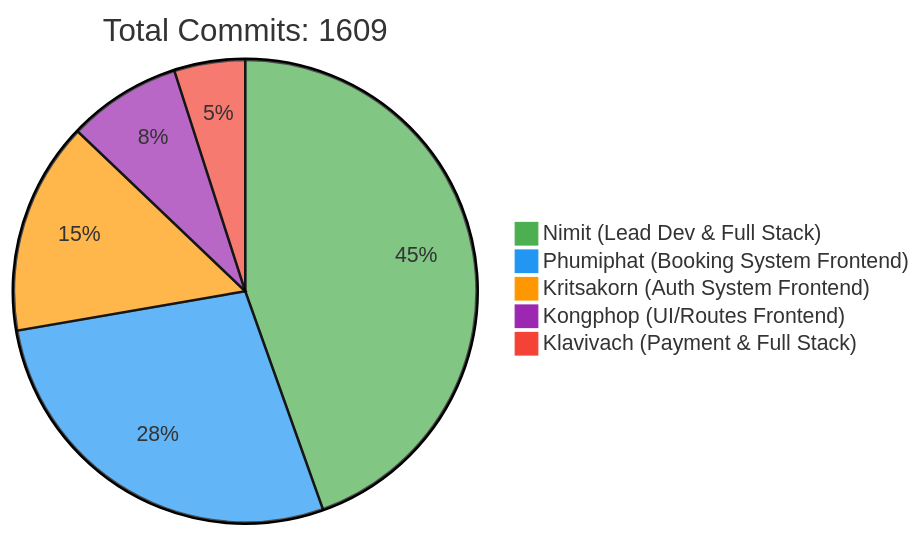
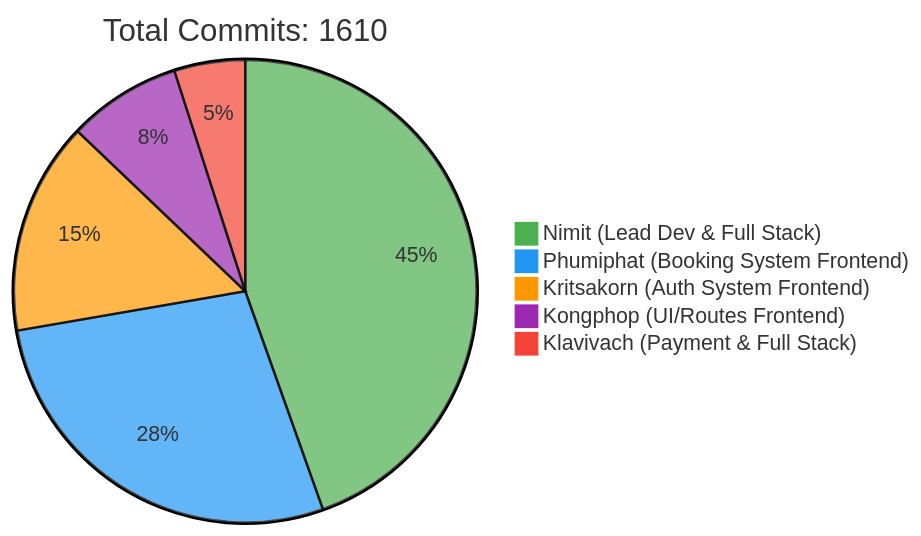
Before and after one commit to 6531503042/Sport-Complex: the first of 2 diagrams in README.md, drawn with Mermaid. The commit also changed other lines of this file, not shown here.

Commit message:
docs: Update contributor statistics [skip ci]

````diff
--- a/README.md
+++ b/README.md
@@ -257,10 +257,10 @@
 ```mermaid
 %%{init: {'theme': 'base', 'themeVariables': { 'pie1': '#4CAF50', 'pie2': '#2196F3', 'pie3': '#FF9800', 'pie4': '#9C27B0', 'pie5': '#F44336'}}}%%
 pie
-    title Total Commits: 1609
+    title Total Commits: 1610
     "Nimit (Lead Dev & Full Stack)" : 450
     "Phumiphat (Booking System Frontend)" : 280
     "Kritsakorn (Auth System Frontend)" : 150
     "Kongphop (UI/Routes Frontend)" : 80
     "Klavivach (Payment & Full Stack)" : 50
 ```
````
